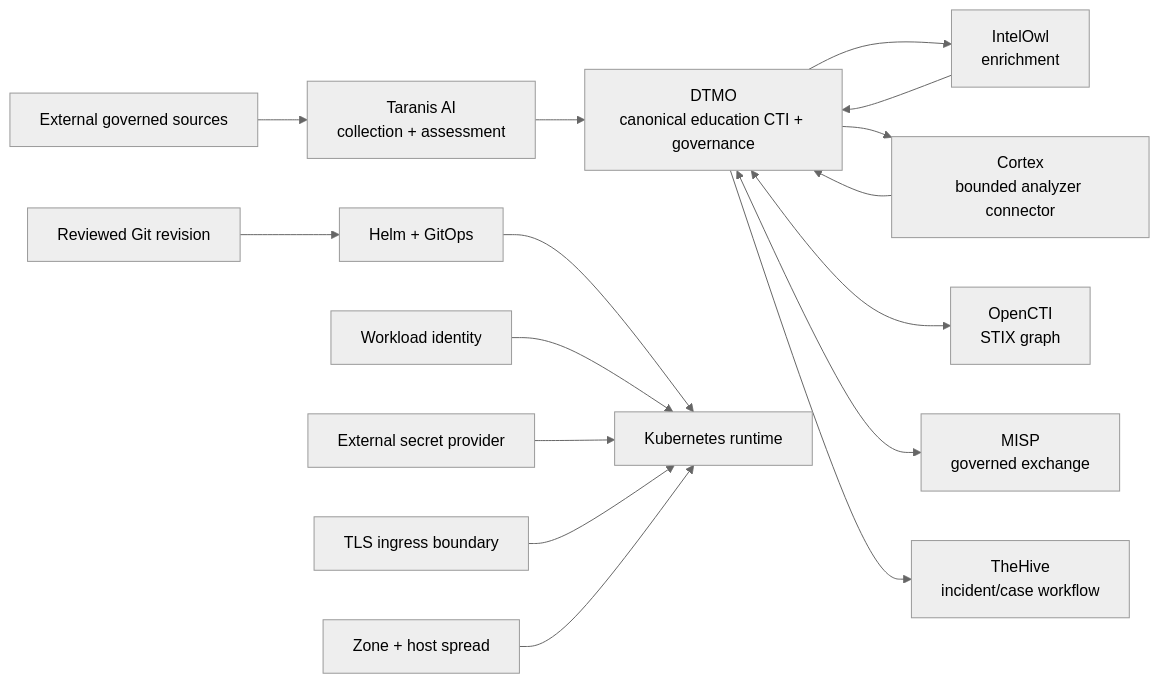
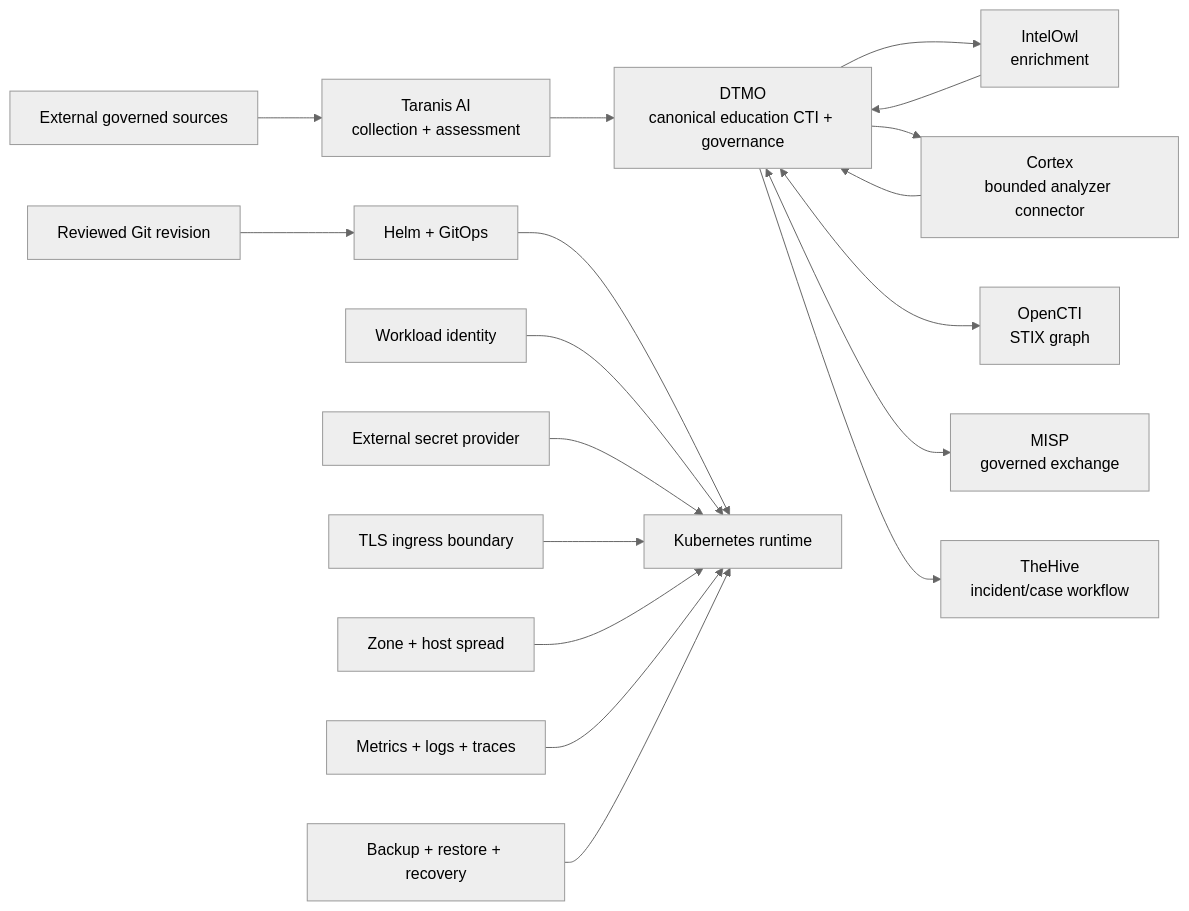
Before and after one commit to GJvManen/dtmo: the first of 2 diagrams in docs/roadmap/PLATFORM_INDUSTRIALISATION_ROADMAP.md, drawn with Mermaid (neutral theme). The commit also changed other lines of this file and 10 other files, not shown here.

First line of the commit message:
Phase 11.8f: backup restore and recovery hardening (#292)

````diff
--- a/docs/roadmap/PLATFORM_INDUSTRIALISATION_ROADMAP.md
+++ b/docs/roadmap/PLATFORM_INDUSTRIALISATION_ROADMAP.md
@@ -14,18 +14,20 @@
 ```mermaid
 flowchart LR
     EXT[External governed sources] --> TAR[Taranis AI\ncollection + assessment]
     TAR --> DTMO[DTMO\ncanonical education CTI + governance]
     DTMO --> OWL[IntelOwl\nenrichment]
     OWL --> DTMO
     DTMO --> CTX[Cortex\nbounded analyzer connector]
     CTX --> DTMO
     DTMO <--> OCTI[OpenCTI\nSTIX graph]
     DTMO <--> MISP[MISP\ngoverned exchange]
     DTMO --> HIVE[TheHive\nincident/case workflow]
     GIT[Reviewed Git revision] --> HELM[Helm + GitOps]
     HELM --> K8S[Kubernetes runtime]
     IAM[Workload identity] --> K8S
     SEC[External secret provider] --> K8S
     TLS[TLS ingress boundary] --> K8S
     HA[Zone + host spread] --> K8S
+    OBS[Metrics + logs + traces] --> K8S
+    REC[Backup + restore + recovery] --> K8S
 ```
````
